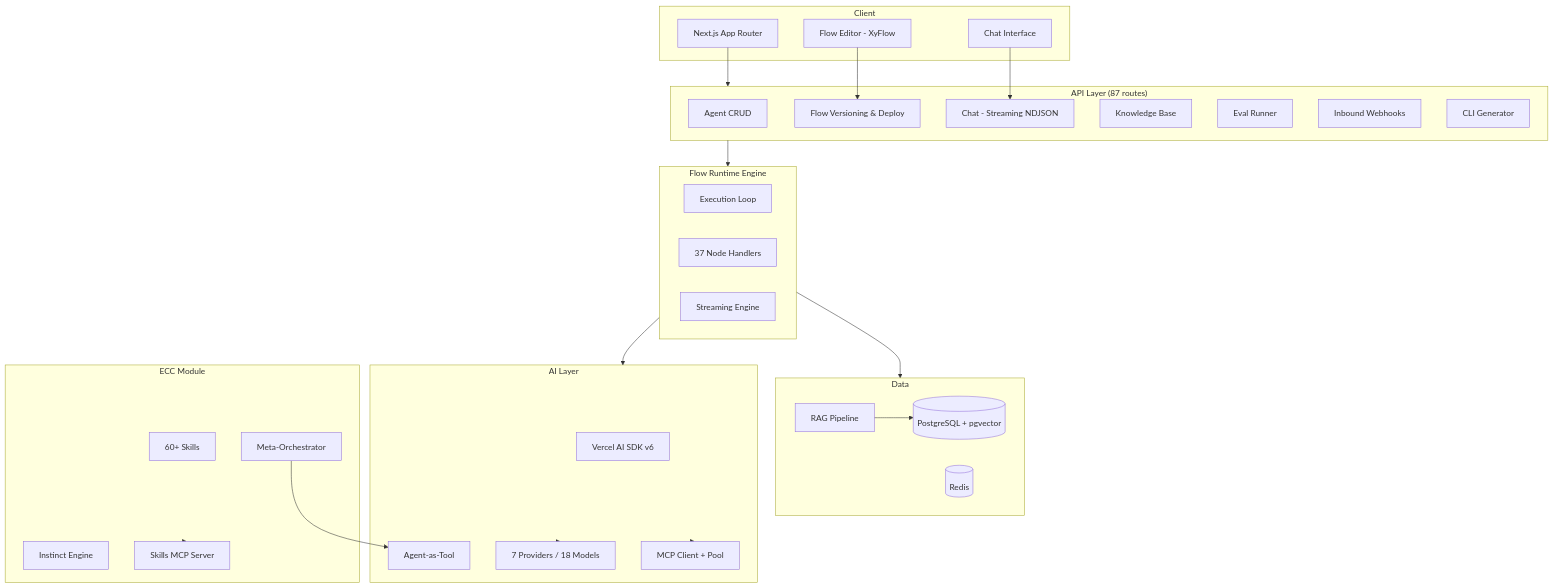
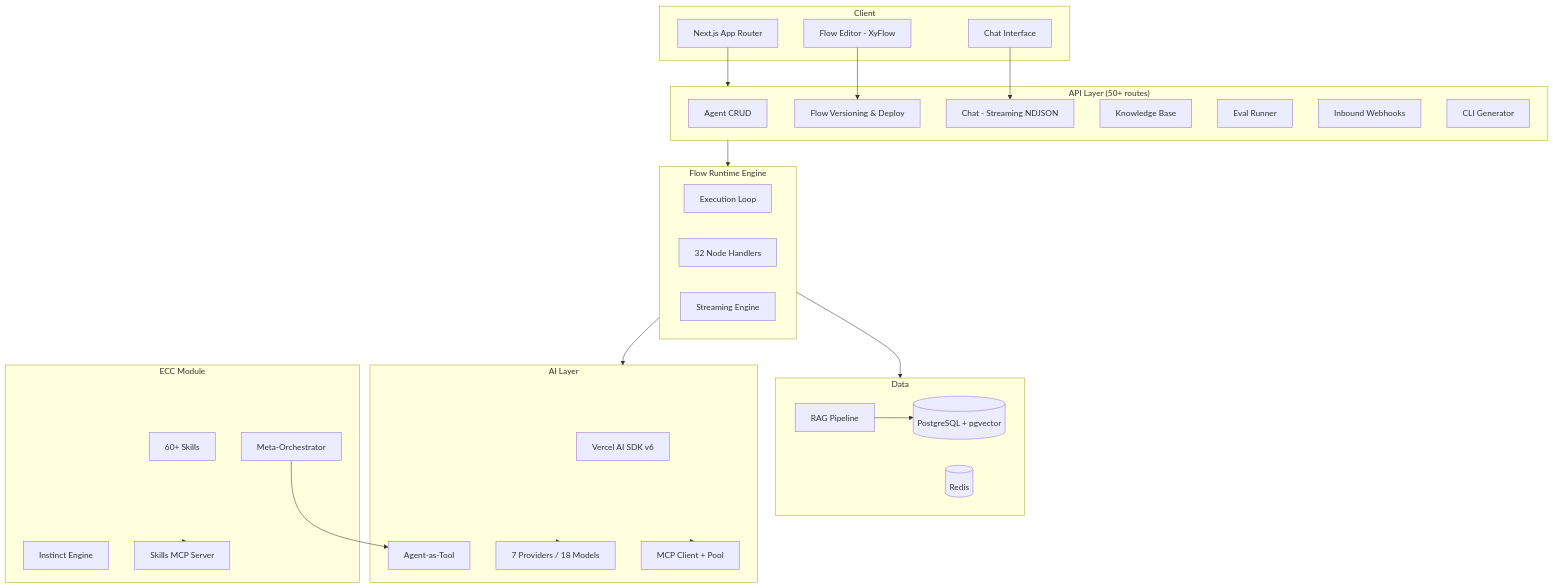
One commit to webdevcom01-cell/agent-studio changed the diagram in README.md. Above: the diagram before and after it, drawn with Mermaid. The commit also changed other lines of this file and 42 other files, not shown here.

````diff
--- a/README.md
+++ b/README.md
@@ -133,56 +64,56 @@
 ```mermaid
 graph TB
     subgraph Client
         UI[Next.js App Router]
         FE[Flow Editor - XyFlow]
         Chat[Chat Interface]
     end
 
-    subgraph API["API Layer (87 routes)"]
+    subgraph API["API Layer (50+ routes)"]
         Agents[Agent CRUD]
         FlowAPI[Flow Versioning & Deploy]
         ChatAPI[Chat - Streaming NDJSON]
         KBAPI[Knowledge Base]
         Evals[Eval Runner]
         Webhooks[Inbound Webhooks]
         CLI[CLI Generator]
     end
 
     subgraph Runtime["Flow Runtime Engine"]
         Engine[Execution Loop]
-        Handlers[37 Node Handlers]
+        Handlers[32 Node Handlers]
         Stream[Streaming Engine]
     end
 
     subgraph AI["AI Layer"]
         SDK[Vercel AI SDK v6]
         Providers[7 Providers / 18 Models]
         MCP[MCP Client + Pool]
         AgentTools[Agent-as-Tool]
     end
 
     subgraph Data
         PG[(PostgreSQL + pgvector)]
         Redis[(Redis)]
         KB[RAG Pipeline]
     end
 
     subgraph ECC["ECC Module"]
         Skills[60+ Skills]
         Meta[Meta-Orchestrator]
         Learn[Instinct Engine]
         ECCMCP[Skills MCP Server]
     end
 
     UI --> API
     FE --> FlowAPI
     Chat --> ChatAPI
     API --> Runtime
     Runtime --> AI
     AI --> Providers
     AI --> MCP
     Runtime --> Data
     KB --> PG
     ECC --> ECCMCP
     Meta --> AgentTools
 ```
````
